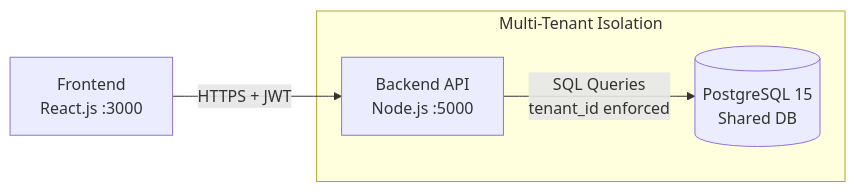
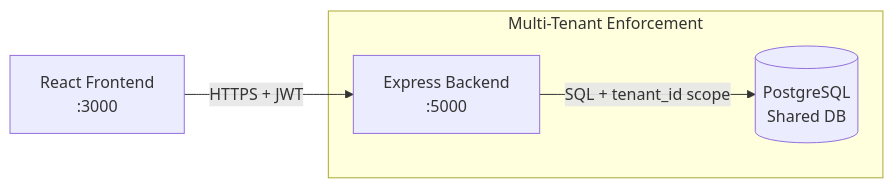
Before and after one commit to sudheerimmidisetti/Multi-Tenant-SaaS-Platform: the first of 2 diagrams in docs/architecture.md, drawn with Mermaid. The commit also changed other lines of this file, not shown here.

Commit message:
Updated architecture.md file

````diff
--- a/docs/architecture.md
+++ b/docs/architecture.md
@@ -91,11 +103,10 @@
 ```mermaid
 graph LR
-    Client[Frontend<br/>React.js :3000] -->|HTTPS + JWT| API[Backend API<br/>Node.js :5000]
+    Client[React Frontend<br/>:3000] -->|HTTPS + JWT| API[Express Backend<br/>:5000]
+    API -->|SQL + tenant_id scope| DB[(PostgreSQL<br/>Shared DB)]
 
-    API -->|SQL Queries<br/>tenant_id enforced| DB[(PostgreSQL 15<br/>Shared DB)]
-
-    subgraph Multi-Tenant_Isolation [Multi-Tenant Isolation]
+    subgraph TenantIsolation [Multi-Tenant Enforcement]
         API
         DB
     end
 ```
````
